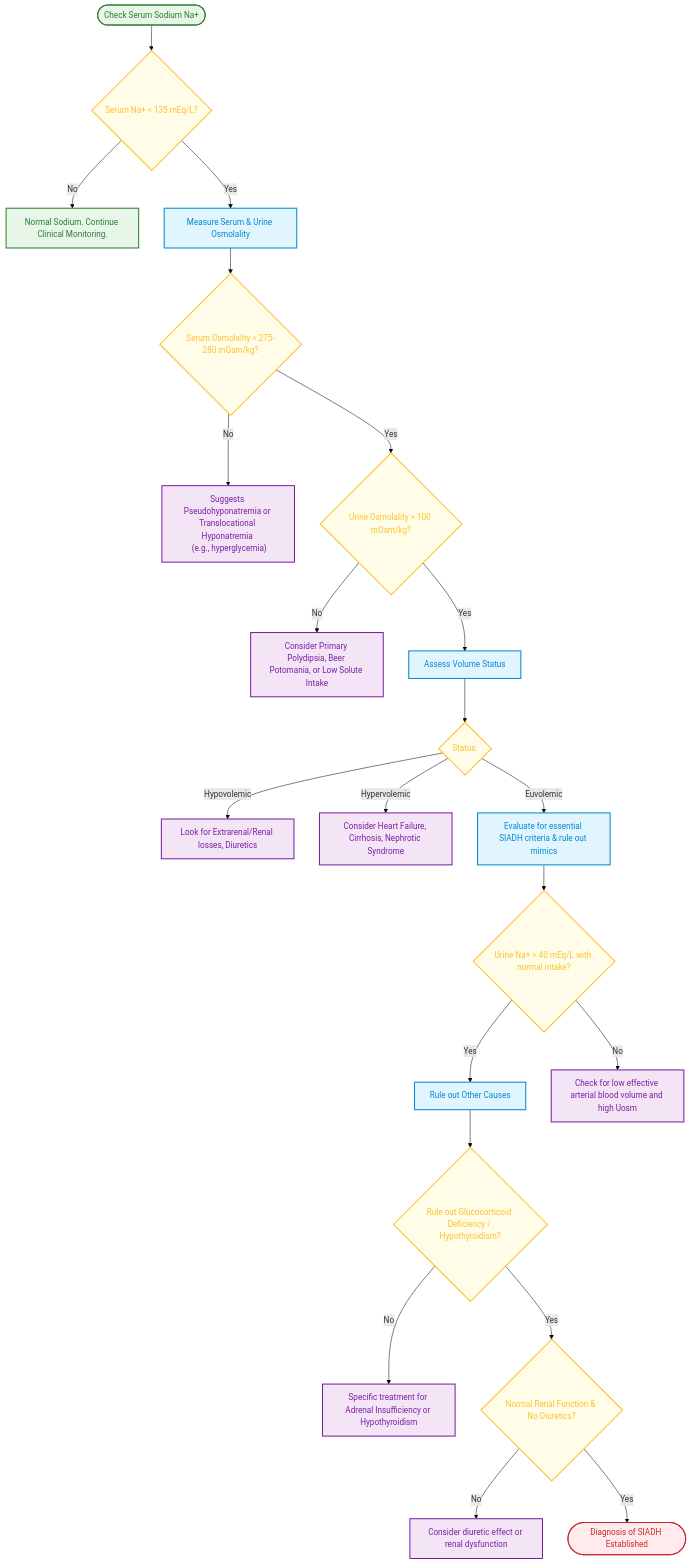
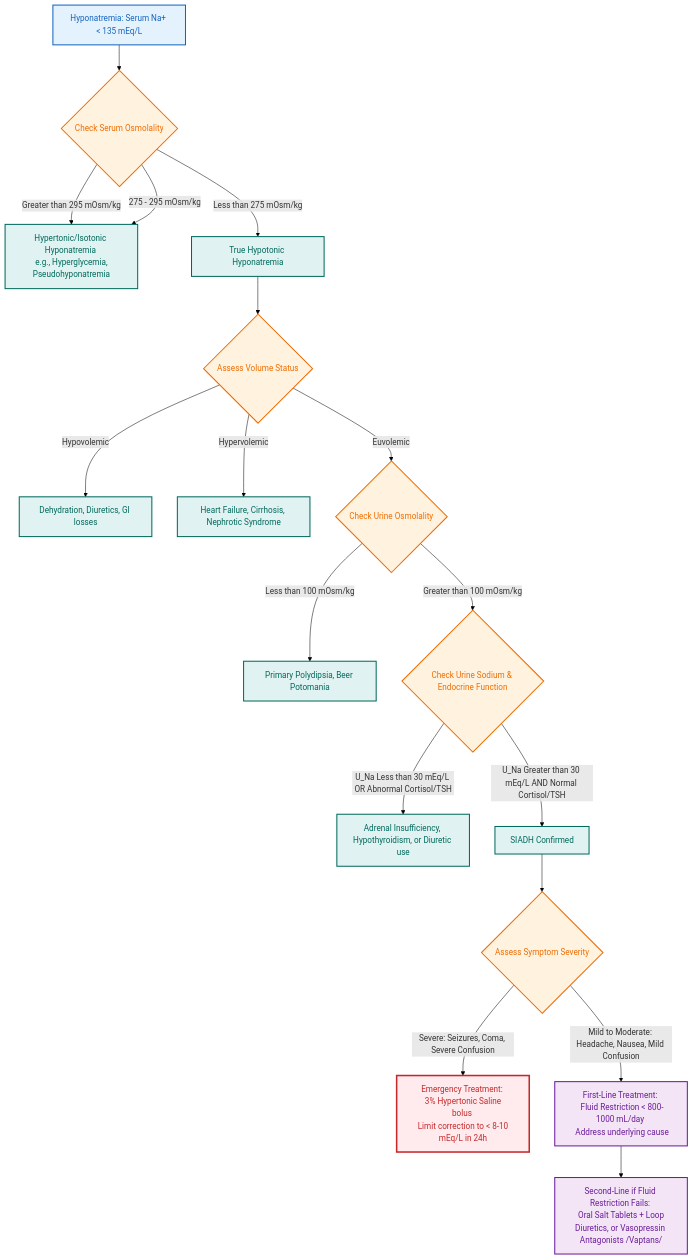
One commit to rubanbalaji-g/dnb-theory changed the diagram in src/site/notes/Endocrinology/SIADH.md. Above: the diagram before and after it, drawn with Mermaid. The commit also changed 5 other files, not shown here.

````diff
--- a/src/site/notes/Endocrinology/SIADH.md
+++ b/src/site/notes/Endocrinology/SIADH.md
@@ -36,52 +36,41 @@
 ```mermaid
 %%{init: {"themeVariables": { "lineWidth": "3px", "lineColor": "#000000" } }}%%
 graph TD
-    %% SIADH Evaluation Flowchart
+    A["Hyponatremia: Serum Na+ < 135 mEq/L"] --> B{Check Serum Osmolality}
     
-    Start(["Check Serum Sodium Na+"]) --> VerifyHypo{"Serum Na+ < 135 mEq/L?"}
-    VerifyHypo -- No --> NormNa["Normal Sodium. Continue Clinical Monitoring."]
-    VerifyHypo -- Yes --> CheckOsm["Measure Serum & Urine Osmolality"]
+    B -->|"Greater than 295 mOsm/kg"| C[Hypertonic/Isotonic Hyponatremia <br> e.g., Hyperglycemia, Pseudohyponatremia]
+    B -->|"275 - 295 mOsm/kg"| C
+    B -->|"Less than 275 mOsm/kg"| D[True Hypotonic Hyponatremia]
     
-    %% Confirm Hypoosmolar Hyponatremia
-    CheckOsm --> ConfirmLowOsm{"Serum Osmolality < 275-280 mOsm/kg?"}
-    ConfirmLowOsm -- No --> PseudoOrTrans["Suggests Pseudohyponatremia or Translocational Hyponatremia <br> (e.g., hyperglycemia)"]
+    D --> E{Assess Volume Status}
     
-    %% Assess Appropriateness of Urine Osmolality
-    ConfirmLowOsm -- Yes --> AppropUrineOsm{"Urine Osmolality > 100 mOsm/kg?"}
-    AppropUrineOsm -- No --> WaterIntake["Consider Primary Polydipsia, Beer Potomania, or Low Solute Intake"]
+    E -->|Hypovolemic| F[Dehydration, Diuretics, GI losses]
+    E -->|Hypervolemic| G[Heart Failure, Cirrhosis, Nephrotic Syndrome]
+    E -->|Euvolemic| H{Check Urine Osmolality}
     
-    %% Evaluate Volume Status
-    AppropUrineOsm -- Yes --> CheckVolumeStatus["Assess Volume Status"]
-    CheckVolumeStatus --> DetermineStatus{"Status:"}
+    H -->|"Less than 100 mOsm/kg"| I[Primary Polydipsia, Beer Potomania]
+    H -->|"Greater than 100 mOsm/kg"| J{Check Urine Sodium & Endocrine Function}
     
-    DetermineStatus -- Hypovolemic --> LowVolume["Look for Extrarenal/Renal losses, Diuretics"]
-    DetermineStatus -- Hypervolemic --> HighVolume["Consider Heart Failure, Cirrhosis, Nephrotic Syndrome"]
-    DetermineStatus -- Euvolemic --> RuleOutConditions["Evaluate for essential SIADH criteria & rule out mimics"]
+    J -->|"U_Na Less than 30 mEq/L OR Abnormal Cortisol/TSH"| K[Adrenal Insufficiency, Hypothyroidism, or Diuretic use]
+    J -->|"U_Na Greater than 30 mEq/L AND Normal Cortisol/TSH"| L[SIADH Confirmed]
     
-    %% Essential Diagnostic Criteria for SIADH
-    RuleOutConditions --> AssessUrineNa{"Urine Na+ > 40 mEq/L with normal intake?"}
+    L --> M{Assess Symptom Severity}
     
-    AssessUrineNa -- Yes --> RuleOutOtherCauses["Rule out Other Causes"]
-    RuleOutOtherCauses --> AssessAdrenal{"Rule out Glucocorticoid Deficiency / Hypothyroidism?"}
-    AssessAdrenal -- No --> SpecificTreatment["Specific treatment for Adrenal Insufficiency or Hypothyroidism"]
+    M -->|Severe: Seizures, Coma, Severe Confusion| N["Emergency Treatment: <br> 3% Hypertonic Saline bolus <br> Limit correction to < 8-10 mEq/L in 24h"]
+    M -->|Mild to Moderate: Headache, Nausea, Mild Confusion| O["First-Line Treatment: <br> Fluid Restriction < 800-1000 mL/day <br> Address underlying cause"]
     
-    AssessAdrenal -- Yes --> AssessRenal{"Normal Renal Function & No Diuretics?"}
-    AssessRenal -- No --> DiureticOrRenal["Consider diuretic effect or renal dysfunction"]
-    
-    AssessRenal -- Yes --> Diagnosed(["Diagnosis of SIADH Established"])
-    
-    AssessUrineNa -- No --> LowUNa["Check for low effective arterial blood volume and high Uosm"]
-    
-    %% Clinical High-Contrast Theme Styling
-    classDef startNode fill:#e8f5e9,stroke:#2e7d32,stroke-width:2px,color:#2e7d32;
-    classDef endNode fill:#ffebee,stroke:#c62828,stroke-width:2px,color:#c62828;
-    classDef decisionNode fill:#fffde7,stroke:#fbc02d,stroke-width:2px,color:#fbc02d;
-    classDef actionNode fill:#e1f5fe,stroke:#0288d1,stroke-width:2px,color:#0288d1;
-    classDef altPathNode fill:#f3e5f5,stroke:#7b1fa2,stroke-width:2px,color:#7b1fa2;
-    
-    class Start,NormNa startNode;
-    class VerifyHypo,ConfirmLowOsm,AppropUrineOsm,DetermineStatus,AssessUrineNa,AssessAdrenal,AssessRenal decisionNode;
-    class CheckOsm,CheckVolumeStatus,RuleOutConditions,RuleOutOtherCauses actionNode;
-    class Diagnosed endNode;
-    class PseudoOrTrans,WaterIntake,LowVolume,HighVolume,LowUNa,DiureticOrRenal,SpecificTreatment altPathNode;
+    O --> P["Second-Line if Fluid Restriction Fails: <br> Oral Salt Tablets + Loop Diuretics, or Vasopressin Antagonists /Vaptans/"]
+
+    %% Class Definitions %%
+    classDef assessment fill:#e3f2fd,stroke:#1565c0,stroke-width:2px,color:#1565c0;
+    classDef decision fill:#fff3e0,stroke:#ef6c00,stroke-width:2px,color:#ef6c00;
+    classDef outcome fill:#e0f2f1,stroke:#00695c,stroke-width:2px,color:#00695c;
+    classDef standardTx fill:#f3e5f5,stroke:#6a1b9a,stroke-width:2px,color:#6a1b9a;
+    classDef critical fill:#ffebee,stroke:#c62828,stroke-width:3px,color:#c62828;
+
+    class A assessment;
+    class B,E,H,J,M decision;
+    class C,D,F,G,I,K,L outcome;
+    class O,P standardTx;
+    class N critical;
 ```
````
